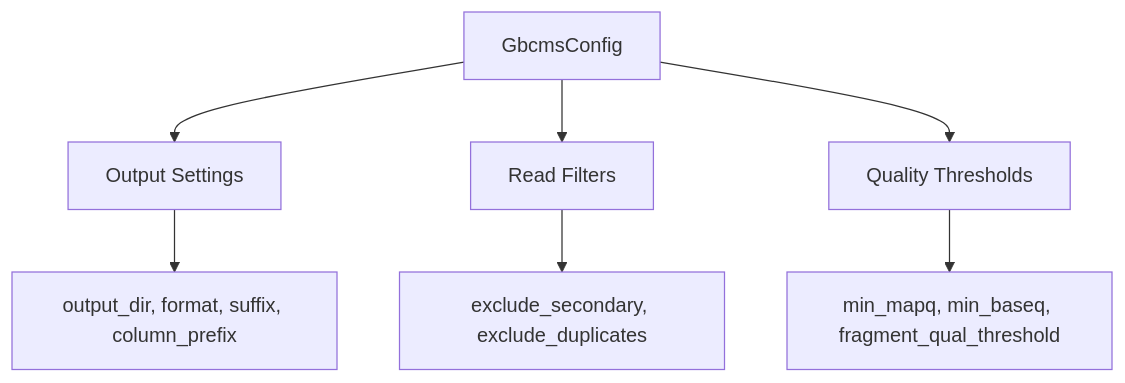
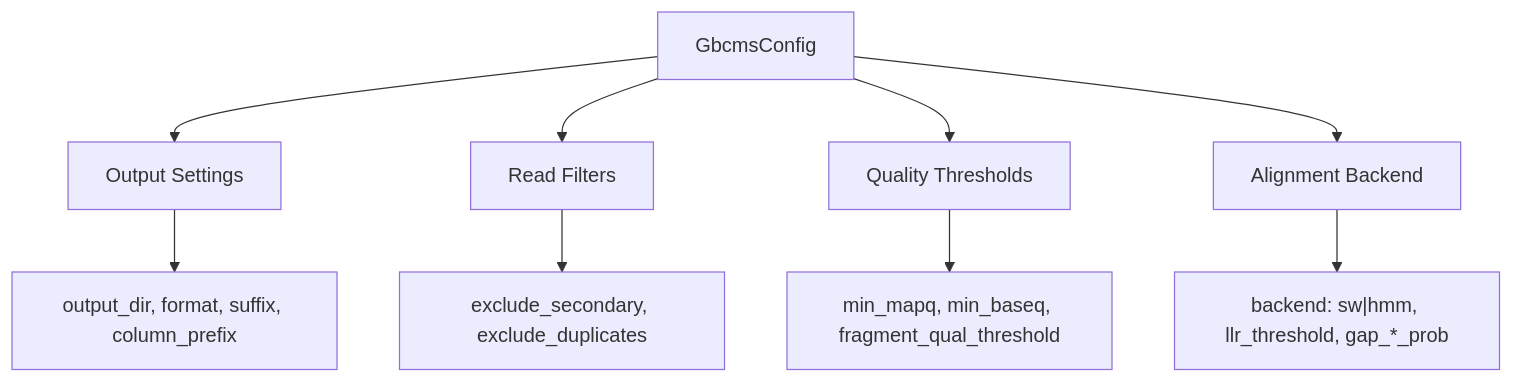
Before and after one commit to msk-access/py-gbcms: the fourth of 5 diagrams in docs/reference/architecture.md, drawn with Mermaid. The commit also changed other lines of this file and 22 other files, not shown here.

````diff
--- a/docs/reference/architecture.md
+++ b/docs/reference/architecture.md
@@ -139,10 +153,12 @@
 ```mermaid
 flowchart TB
     GbcmsConfig --> OutputConfig[Output Settings]
     GbcmsConfig --> ReadFilters[Read Filters]
     GbcmsConfig --> QualityThresholds[Quality Thresholds]
+    GbcmsConfig --> AlignmentConfig[Alignment Backend]
     
     OutputConfig --> D1[output_dir, format, suffix, column_prefix]
     ReadFilters --> D2[exclude_secondary, exclude_duplicates]
     QualityThresholds --> D3["min_mapq, min_baseq, fragment_qual_threshold"]
+    AlignmentConfig --> D4["backend: sw|hmm, llr_threshold, gap_*_prob"]
 ```
````
